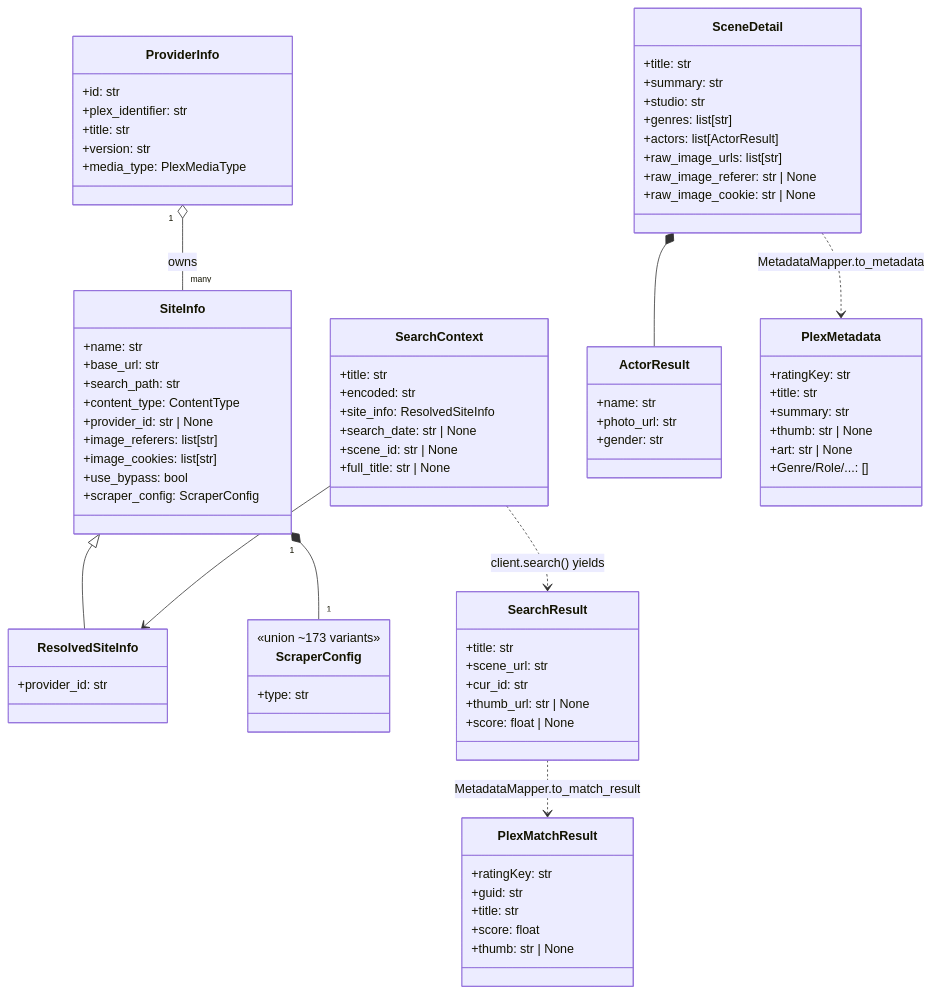
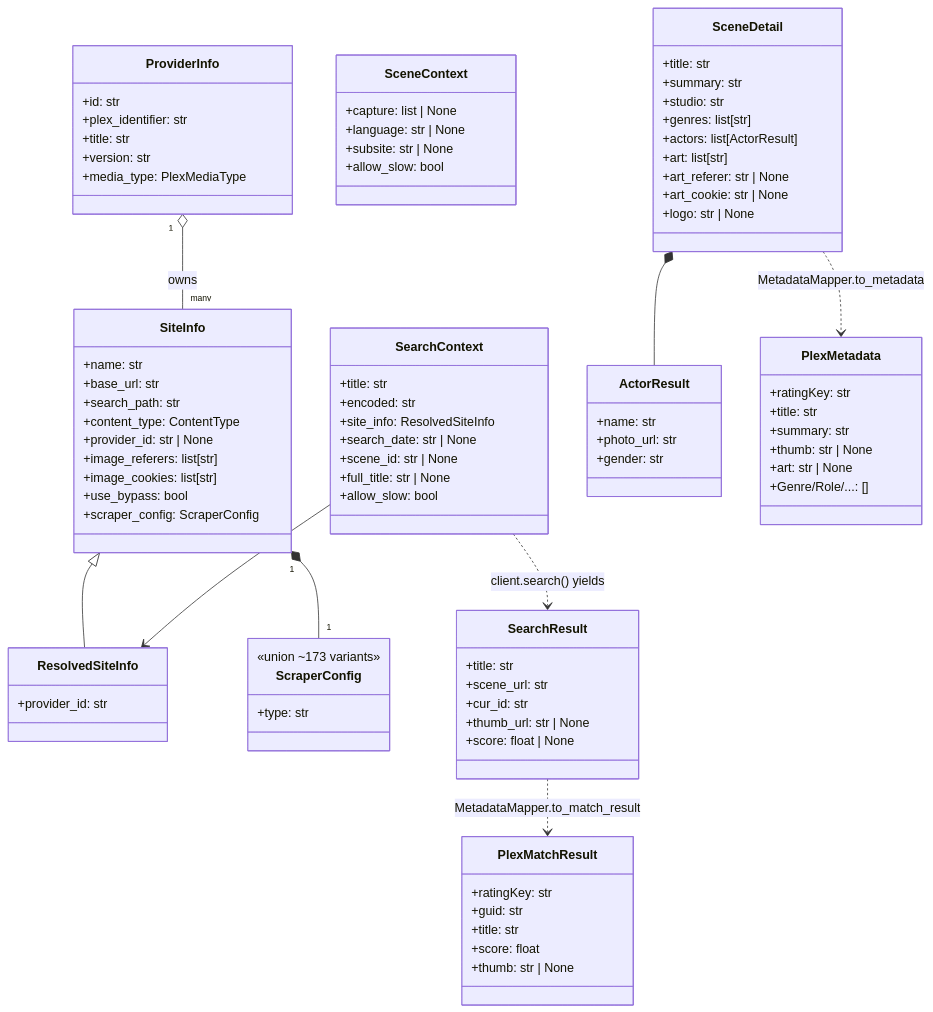
Before and after one commit to PhoenixAdultProvider/PhoenixAdult: the fourth of 20 diagrams in docs/DESIGN.md, drawn with Mermaid. The commit also changed other lines of this file and 4 other files, not shown here.

```diff
--- a/docs/DESIGN.md
+++ b/docs/DESIGN.md
@@ -227,6 +232,13 @@
     +search_date: str | None
     +scene_id: str | None
     +full_title: str | None
+    +allow_slow: bool
+  }
+  class SceneContext {
+    +capture: list | None
+    +language: str | None
+    +subsite: str | None
+    +allow_slow: bool
   }
   class SearchResult {
     +title: str
@@ -241,9 +253,10 @@
     +studio: str
     +genres: list[str]
     +actors: list[ActorResult]
-    +raw_image_urls: list[str]
-    +raw_image_referer: str | None
-    +raw_image_cookie: str | None
+    +art: list[str]
+    +art_referer: str | None
+    +art_cookie: str | None
+    +logo: str | None
   }
   class ActorResult {
     +name: str
```
